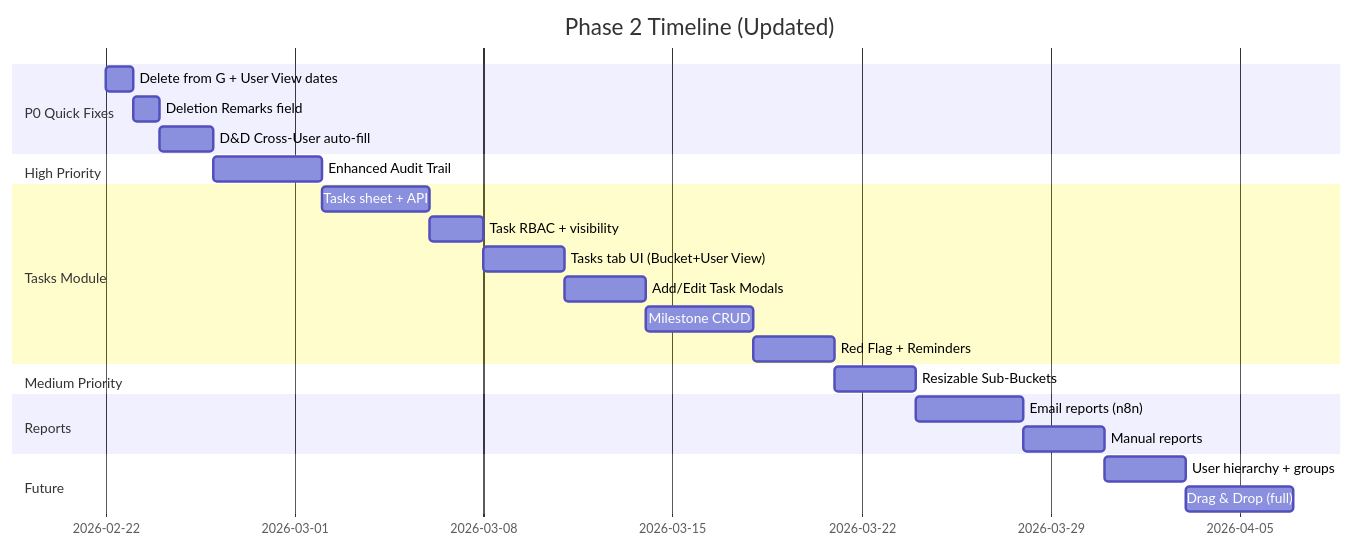
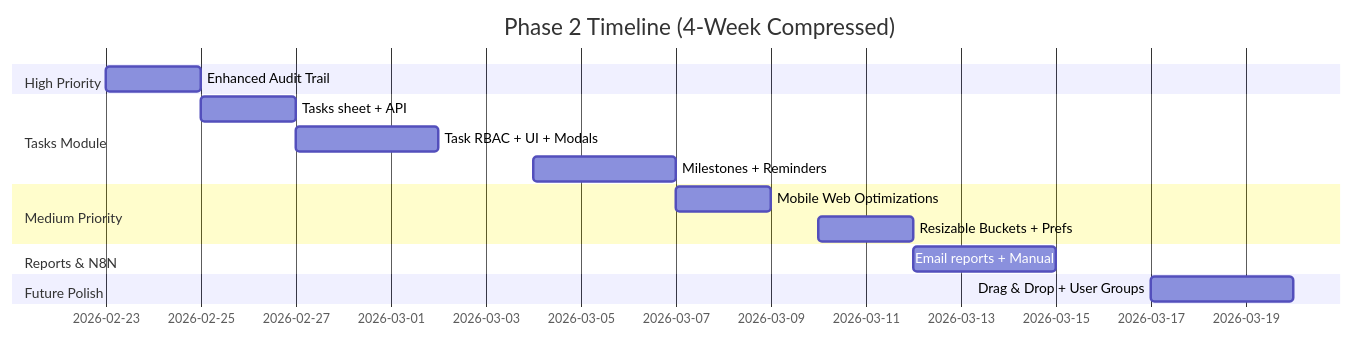
Before and after one commit to Iamrahul4u/query-tracker: the diagram in docs/phase-2-plan.md, drawn with Mermaid. The commit also changed other lines of this file and 16 other files, not shown here.

````diff
--- a/docs/phase-2-plan.md
+++ b/docs/phase-2-plan.md
@@ -493,26 +492,18 @@
 ```mermaid
 gantt
-    title Phase 2 Timeline (Updated)
+    title Phase 2 Timeline (4-Week Compressed)
     dateFormat  YYYY-MM-DD
-    section P0 Quick Fixes
-    Delete from G + User View dates :2026-02-22, 1d
-    Deletion Remarks field          :2026-02-23, 1d
-    D&D Cross-User auto-fill        :2026-02-24, 2d
     section High Priority
-    Enhanced Audit Trail            :2026-02-26, 4d
+    Enhanced Audit Trail            :2026-02-23, 2d
     section Tasks Module
-    Tasks sheet + API               :2026-03-02, 4d
-    Task RBAC + visibility          :2026-03-06, 2d
-    Tasks tab UI (Bucket+User View) :2026-03-08, 3d
-    Add/Edit Task Modals            :2026-03-11, 3d
-    Milestone CRUD                  :2026-03-14, 4d
-    Red Flag + Reminders            :2026-03-18, 3d
+    Tasks sheet + API               :2026-02-25, 2d
+    Task RBAC + UI + Modals         :2026-02-27, 3d
+    Milestones + Reminders          :2026-03-04, 3d
     section Medium Priority
-    Resizable Sub-Buckets           :2026-03-21, 3d
-    section Reports
-    Email reports (n8n)             :2026-03-24, 4d
-    Manual reports                  :2026-03-28, 3d
-    section Future
-    User hierarchy + groups         :2026-03-31, 3d
-    Drag & Drop (full)              :2026-04-03, 4d
+    Mobile Web Optimizations        :2026-03-07, 2d
+    Resizable Buckets + Prefs       :2026-03-10, 2d
+    section Reports & N8N
+    Email reports + Manual          :2026-03-12, 3d
+    section Future Polish
+    Drag & Drop + User Groups       :2026-03-17, 3d
 ```
````
